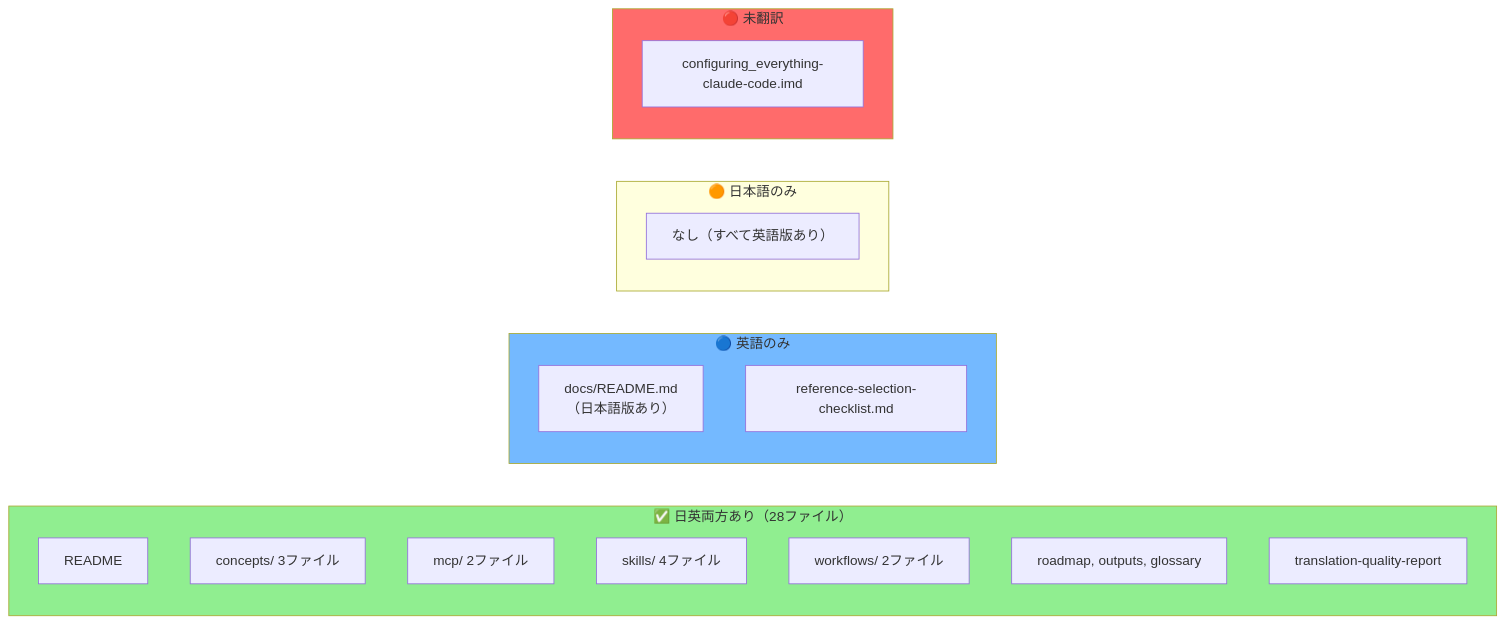
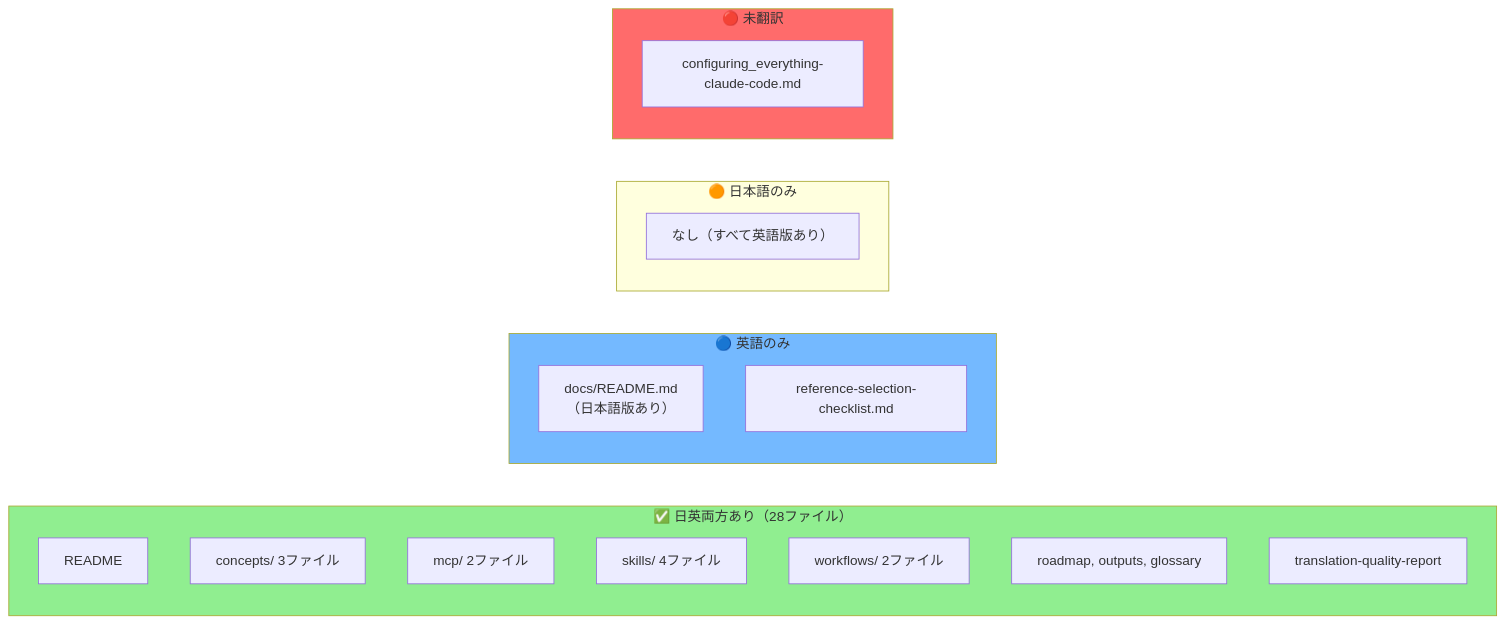
Before and after one commit to shuji-bonji/ai-agent-architecture: the ninth of 10 diagrams in ai-agent-toolkit-analysis.md, drawn with Mermaid. The commit also changed other lines of this file and 16 other files, not shown here.

````diff
--- a/ai-agent-toolkit-analysis.md
+++ b/ai-agent-toolkit-analysis.md
@@ -363,30 +363,30 @@
 ```mermaid
 graph LR
     subgraph 完備["✅ 日英両方あり（28ファイル）"]
         direction TB
         B1["README"]
         B2["concepts/ 3ファイル"]
         B3["mcp/ 2ファイル"]
         B4["skills/ 4ファイル"]
         B5["workflows/ 2ファイル"]
         B6["roadmap, outputs, glossary"]
         B7["translation-quality-report"]
     end
 
     subgraph EnOnly["🔵 英語のみ"]
         E1["docs/README.md<br/>（日本語版あり）"]
         E2["reference-selection-checklist.md"]
     end
 
     subgraph JaOnly["🟠 日本語のみ"]
         J1["なし（すべて英語版あり）"]
     end
 
     subgraph Neither["🔴 未翻訳"]
-        N1["configuring_everything-claude-code.imd"]
+        N1["configuring_everything-claude-code.md"]
     end
 
     style 完備 fill:#90EE90,color:#333
     style EnOnly fill:#74b9ff,color:#333
     style Neither fill:#ff6b6b,color:#333
 ```
````
